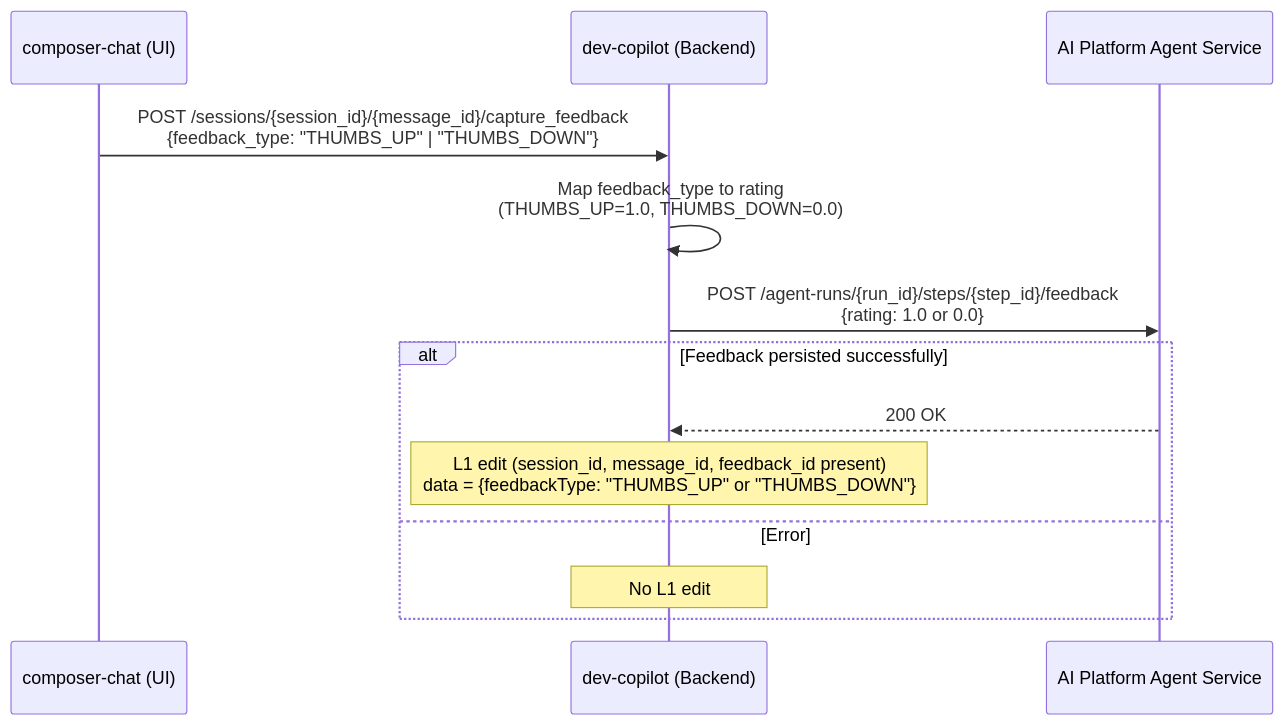
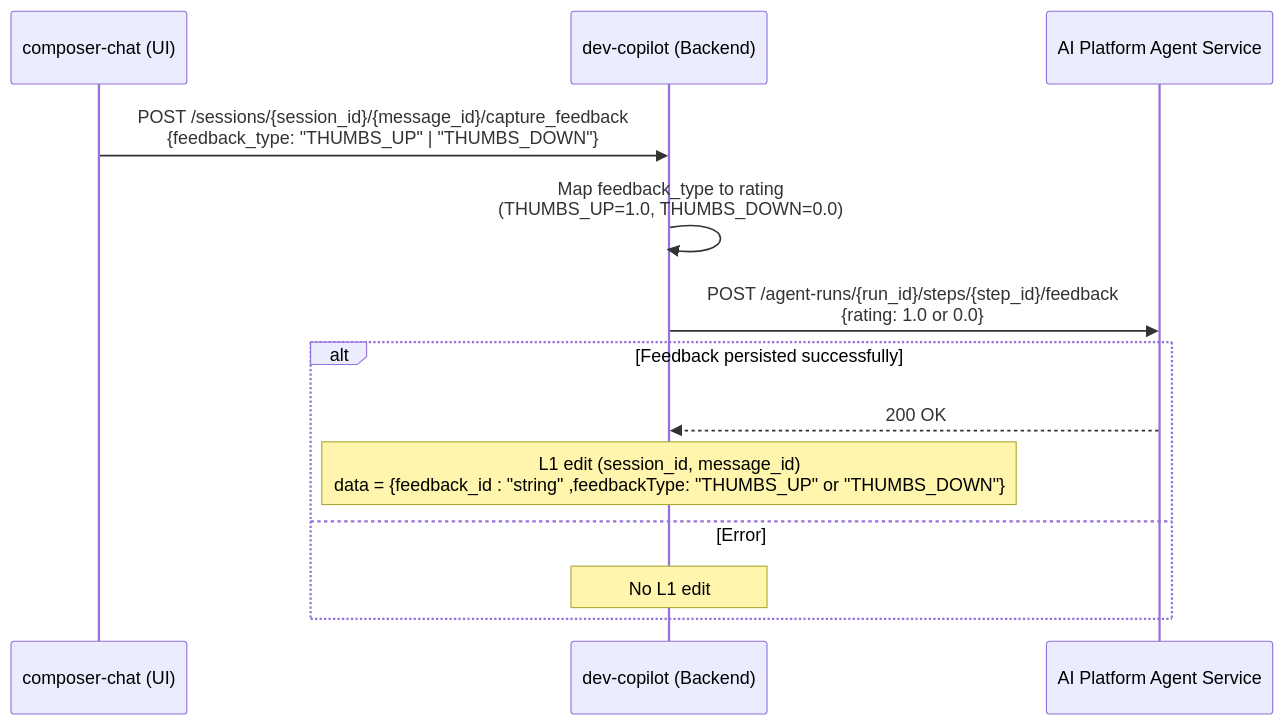
One commit to vananya23/myrepo changed the first of 4 diagrams in spec.md. Above: the diagram before and after it, drawn with Mermaid. The commit also changed other lines of this file, not shown here.

Commit message:
Update feedback handling in spec.md

````diff
--- a/spec.md
+++ b/spec.md
@@ -35,17 +35,17 @@
 ```mermaid
 sequenceDiagram
     participant UI as composer-chat (UI)
     participant BE as dev-copilot (Backend)
     participant AIP as AI Platform Agent Service
 
     UI->>BE: POST /sessions/{session_id}/{message_id}/capture_feedback<br/>{feedback_type: "THUMBS_UP" | "THUMBS_DOWN"}
     BE->>BE: Map feedback_type to rating<br/>(THUMBS_UP=1.0, THUMBS_DOWN=0.0)
     BE->>AIP: POST /agent-runs/{run_id}/steps/{step_id}/feedback<br/>{rating: 1.0 or 0.0}
     alt Feedback persisted successfully
      AIP-->>BE: 200 OK
-     Note over BE: L1 edit (session_id, message_id, feedback_id present)<br/>data = {feedbackType: "THUMBS_UP" or "THUMBS_DOWN"}
+     Note over BE: L1 edit (session_id, message_id)<br/>data = {feedback_id : "string" ,feedbackType: "THUMBS_UP" or "THUMBS_DOWN"}
     
     else Error
         Note over BE:No L1 edit 
     end
 ```
````
